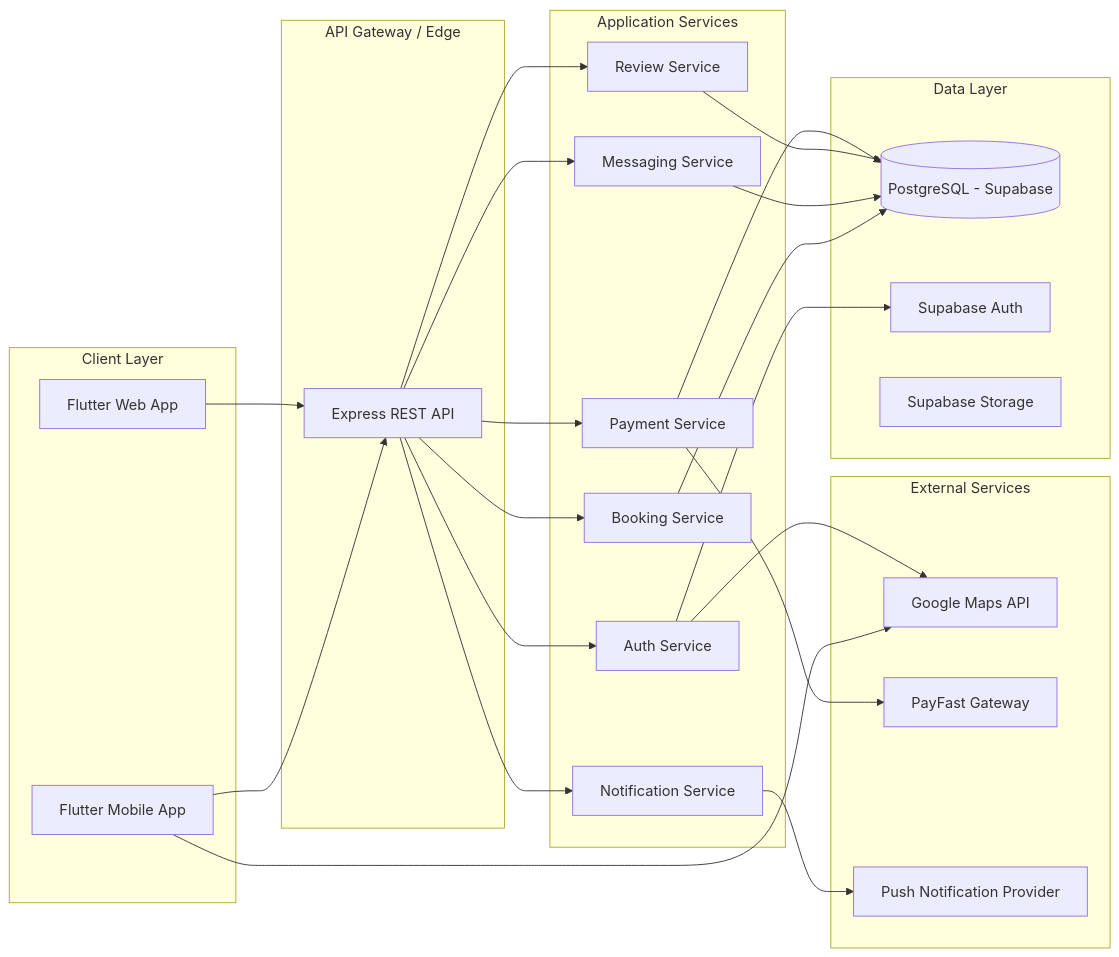
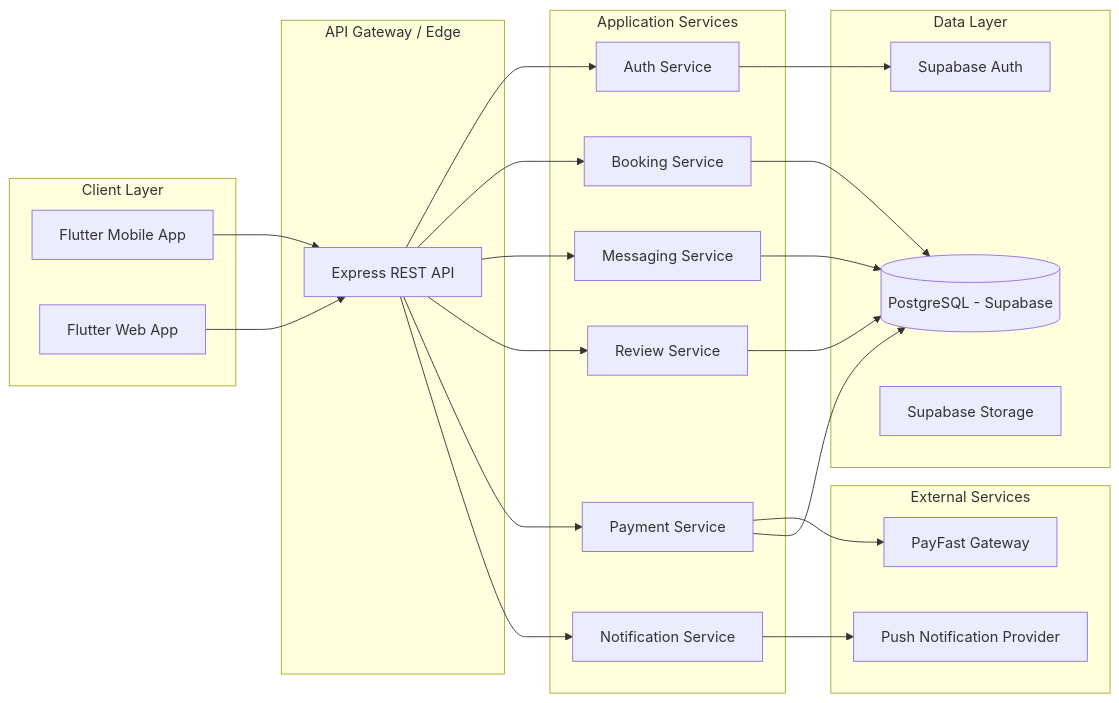
Before and after one commit to Katlegomalema/connectlocal: the diagram in README.md, drawn with Mermaid. The commit also changed other lines of this file and 378 other files, not shown here.

````diff
--- a/README.md
+++ b/README.md
@@ -55,45 +55,42 @@
 ```mermaid
 flowchart LR
     subgraph Client["Client Layer"]
         A[Flutter Mobile App]
         B[Flutter Web App]
     end
 
     subgraph Edge["API Gateway / Edge"]
         C[Express REST API]
     end
 
     subgraph Services["Application Services"]
         D[Auth Service]
         E[Booking Service]
         F[Messaging Service]
         G[Review Service]
         H[Payment Service]
         I[Notification Service]
     end
 
     subgraph Data["Data Layer"]
         J[(PostgreSQL - Supabase)]
         K[Supabase Auth]
         L[Supabase Storage]
     end
 
     subgraph External["External Services"]
-        M[Google Maps API]
-        N[PayFast Gateway]
-        O[Push Notification Provider]
+        M[PayFast Gateway]
+        N[Push Notification Provider]
     end
 
     A --> C
     B --> C
     C --> D & E & F & G & H & I
     D --> K
     E --> J
     F --> J
     G --> J
-    H --> N
+    H --> M
     H --> J
-    I --> O
-    A --> M
-    D --> M
+    I --> N
 ```
````
